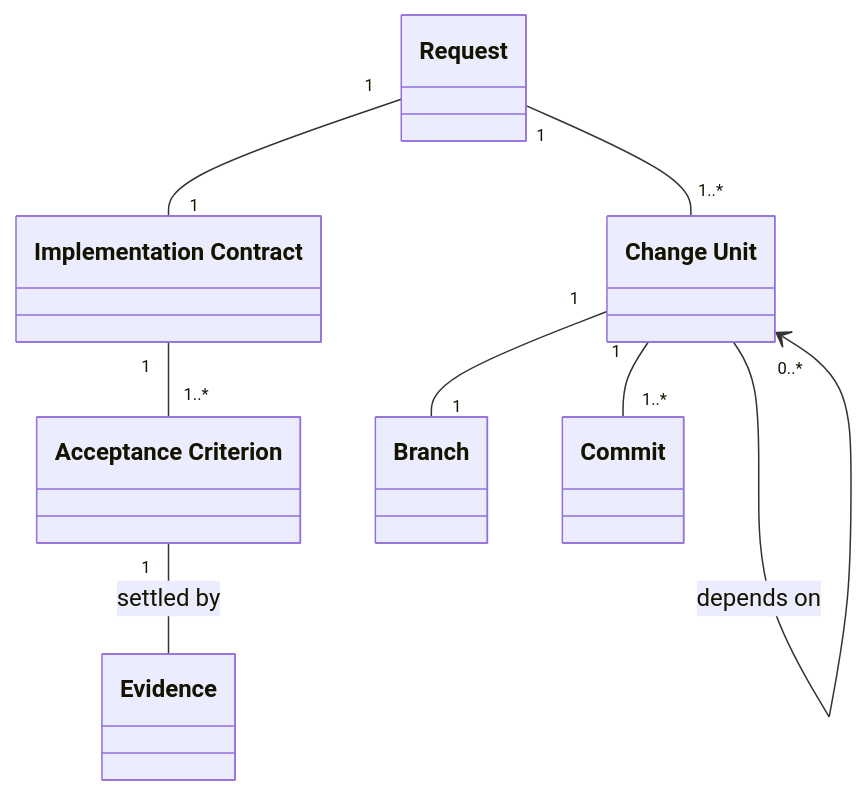
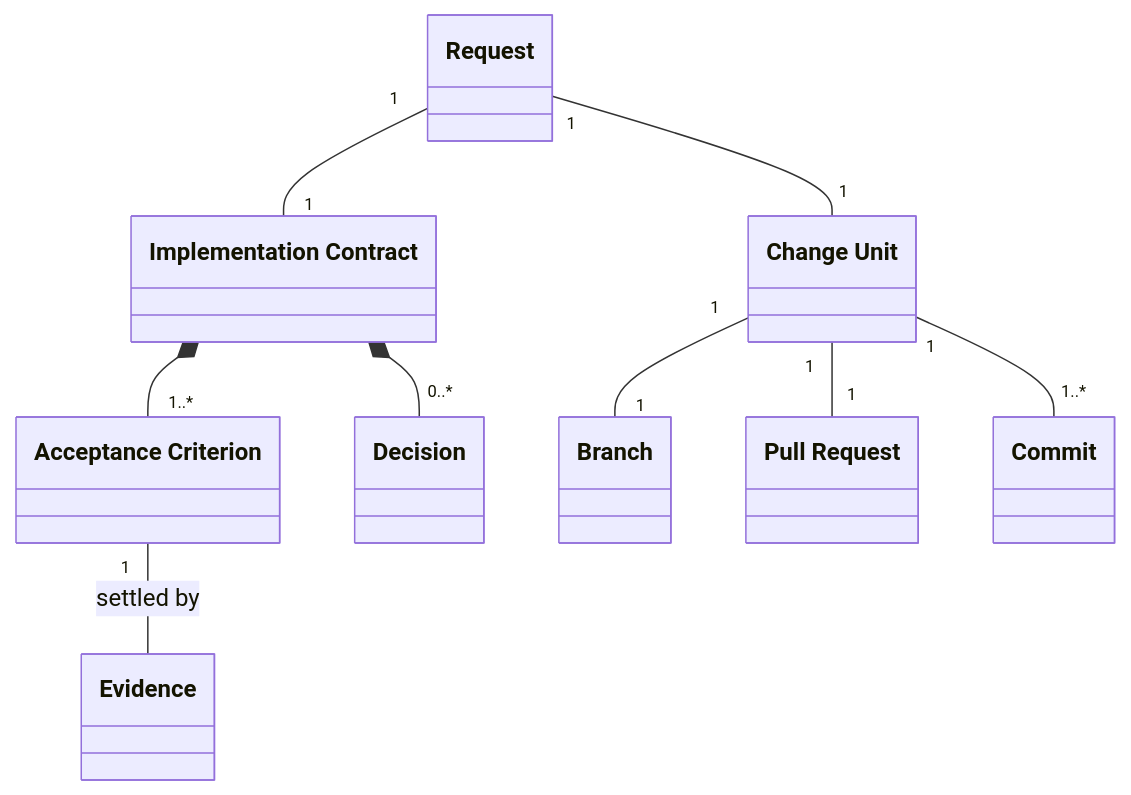
The first of 3 diagrams in docs/design/implement.md (maro114510/skills), drawn with Mermaid before and after one commit. The commit also changed other lines of this file and 2 other files, not shown here.

First line of the commit message:
docs(implement): retarget the Design Doc to one unit per Issue (#798)

````diff
--- a/docs/design/implement.md
+++ b/docs/design/implement.md
@@ -41,17 +41,19 @@
 ```mermaid
 classDiagram
     class Request
     class Contract["Implementation Contract"]
     class Criterion["Acceptance Criterion"]
     class Unit["Change Unit"]
     class Branch
+    class PullRequest["Pull Request"]
     class Commit
     class Evidence
     Request "1" -- "1" Contract
-    Contract "1" -- "1..*" Criterion
-    Request "1" -- "1..*" Unit
-    Unit --> "0..*" Unit : depends on
+    Contract *-- "1..*" Criterion
+    Contract *-- "0..*" Decision
+    Request "1" -- "1" Unit
     Unit "1" -- "1" Branch
+    Unit "1" -- "1" PullRequest
     Unit "1" -- "1..*" Commit
     Criterion "1" -- Evidence : settled by
 ```
````
